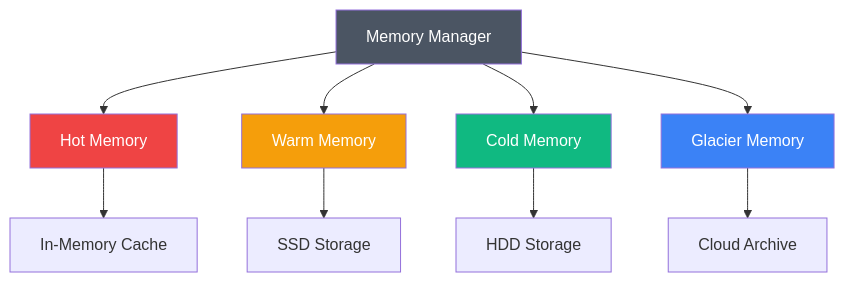
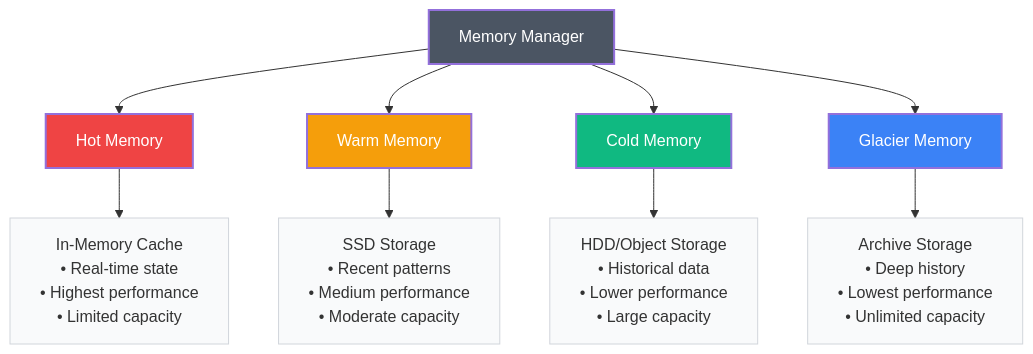
One commit to Vortx-AI/memories-dev changed the first of 2 diagrams in docs/source/memory_architecture/tiered_memory.rst. Above: the diagram before and after it, drawn with Mermaid. The commit also changed other lines of this file and 4 other files, not shown here.

```diff
--- a/docs/source/memory_architecture/tiered_memory.rst
+++ b/docs/source/memory_architecture/tiered_memory.rst
@@ -603,18 +15,36 @@
 .. mermaid::
 
     flowchart TD
         A[Memory Manager] --> B[Hot Memory]
         A --> C[Warm Memory]
         A --> D[Cold Memory]
         A --> E[Glacier Memory]
         
-        B --> F[In-Memory Cache]
-        C --> G[SSD Storage]
-        D --> H[HDD Storage]
-        E --> I[Cloud Archive]
+        B --> F["In-Memory Cache
+        • Real-time state
+        • Highest performance
+        • Limited capacity"]
+        
+        C --> G["SSD Storage
+        • Recent patterns
+        • Medium performance
+        • Moderate capacity"]
+        
+        D --> H["HDD/Object Storage
+        • Historical data
+        • Lower performance
+        • Large capacity"]
+        
+        E --> I["Archive Storage
+        • Deep history
+        • Lowest performance
+        • Unlimited capacity"]
 
-        style A fill:#4B5563,color:white
-        style B fill:#EF4444,color:white
-        style C fill:#F59E0B,color:white
-        style D fill:#10B981,color:white
-        style E fill:#3B82F6,color:white
+        style A fill:#4B5563,color:white,stroke-width:2px
+        style B fill:#EF4444,color:white,stroke-width:2px
+        style C fill:#F59E0B,color:white,stroke-width:2px
+        style D fill:#10B981,color:white,stroke-width:2px
+        style E fill:#3B82F6,color:white,stroke-width:2px
+        
+        classDef storage fill:#f9fafb,stroke:#d1d5db,stroke-width:1px
+        class F,G,H,I storage
```
